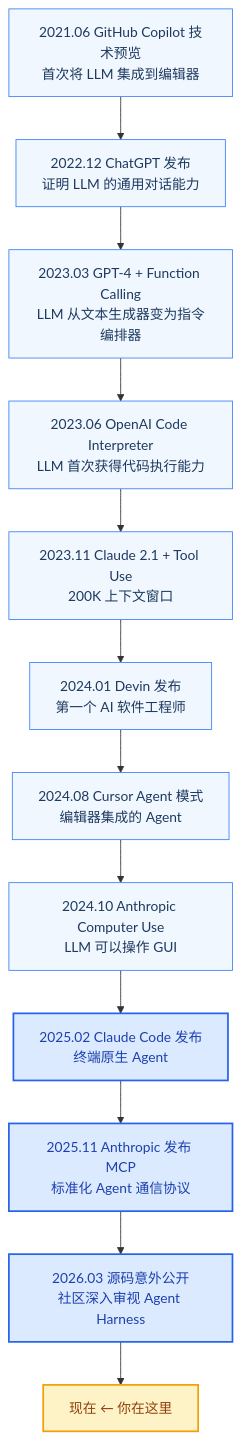
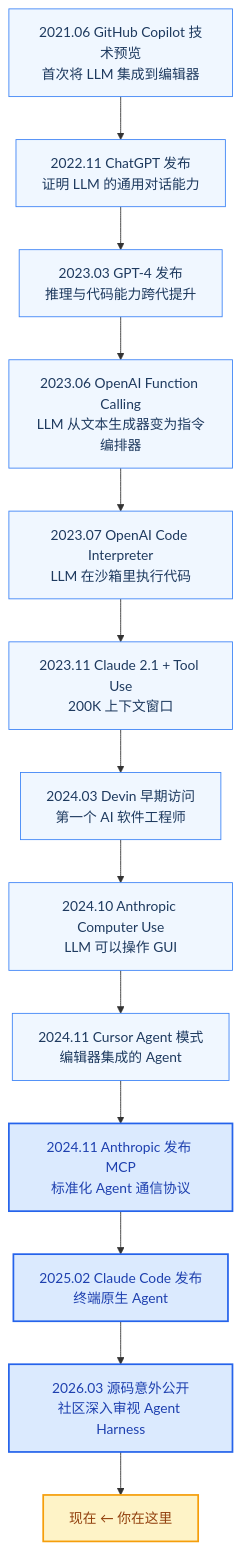
The third of 5 diagrams in 第一部分-基础篇/01-智能体编程的新范式.md (zhuguang-ZFG/ai-engineering-series), drawn with Mermaid before and after one commit. The commit also changed other lines of this file and 13 other files, not shown here.

````diff
--- a/第一部分-基础篇/01-智能体编程的新范式.md
+++ b/第一部分-基础篇/01-智能体编程的新范式.md
@@ -129,22 +129,23 @@
 ```mermaid
 flowchart TD
     A["2021.06 GitHub Copilot 技术预览<br/>首次将 LLM 集成到编辑器"] -->
-    B["2022.12 ChatGPT 发布<br/>证明 LLM 的通用对话能力"] -->
-    C["2023.03 GPT-4 + Function Calling<br/>LLM 从文本生成器变为指令编排器"] -->
-    D["2023.06 OpenAI Code Interpreter<br/>LLM 首次获得代码执行能力"] -->
-    E["2023.11 Claude 2.1 + Tool Use<br/>200K 上下文窗口"] -->
-    F["2024.01 Devin 发布<br/>第一个 AI 软件工程师"] -->
-    G["2024.08 Cursor Agent 模式<br/>编辑器集成的 Agent"] -->
+    B["2022.11 ChatGPT 发布<br/>证明 LLM 的通用对话能力"] -->
+    C["2023.03 GPT-4 发布<br/>推理与代码能力跨代提升"] -->
+    D["2023.06 OpenAI Function Calling<br/>LLM 从文本生成器变为指令编排器"] -->
+    E["2023.07 OpenAI Code Interpreter<br/>LLM 在沙箱里执行代码"] -->
+    F["2023.11 Claude 2.1 + Tool Use<br/>200K 上下文窗口"] -->
+    G["2024.03 Devin 早期访问<br/>第一个 AI 软件工程师"] -->
     H["2024.10 Anthropic Computer Use<br/>LLM 可以操作 GUI"] -->
-    I["2025.02 Claude Code 发布<br/>终端原生 Agent"] -->
-    J["2025.11 Anthropic 发布 MCP<br/>标准化 Agent 通信协议"] -->
-    K["2026.03 源码意外公开<br/>社区深入审视 Agent Harness"] -->
-    L["现在 ← 你在这里"]
+    I["2024.11 Cursor Agent 模式<br/>编辑器集成的 Agent"] -->
+    J["2024.11 Anthropic 发布 MCP<br/>标准化 Agent 通信协议"] -->
+    K["2025.02 Claude Code 发布<br/>终端原生 Agent"] -->
+    L["2026.03 源码意外公开<br/>社区深入审视 Agent Harness"] -->
+    M["现在 ← 你在这里"]
 
     classDef event fill:#f0f7ff,stroke:#3b82f6,stroke-width:1px,color:#1e3a5f
     classDef milestone fill:#dbeafe,stroke:#2563eb,stroke-width:2px,color:#1e40af
     classDef current fill:#fef3c7,stroke:#f59e0b,stroke-width:2px,color:#92400e
-    class A,B,C,D,E,F,G,H event
-    class I,J,K milestone
-    class L current
+    class A,B,C,D,E,F,G,H,I event
+    class J,K,L milestone
+    class M current
 ```
````
